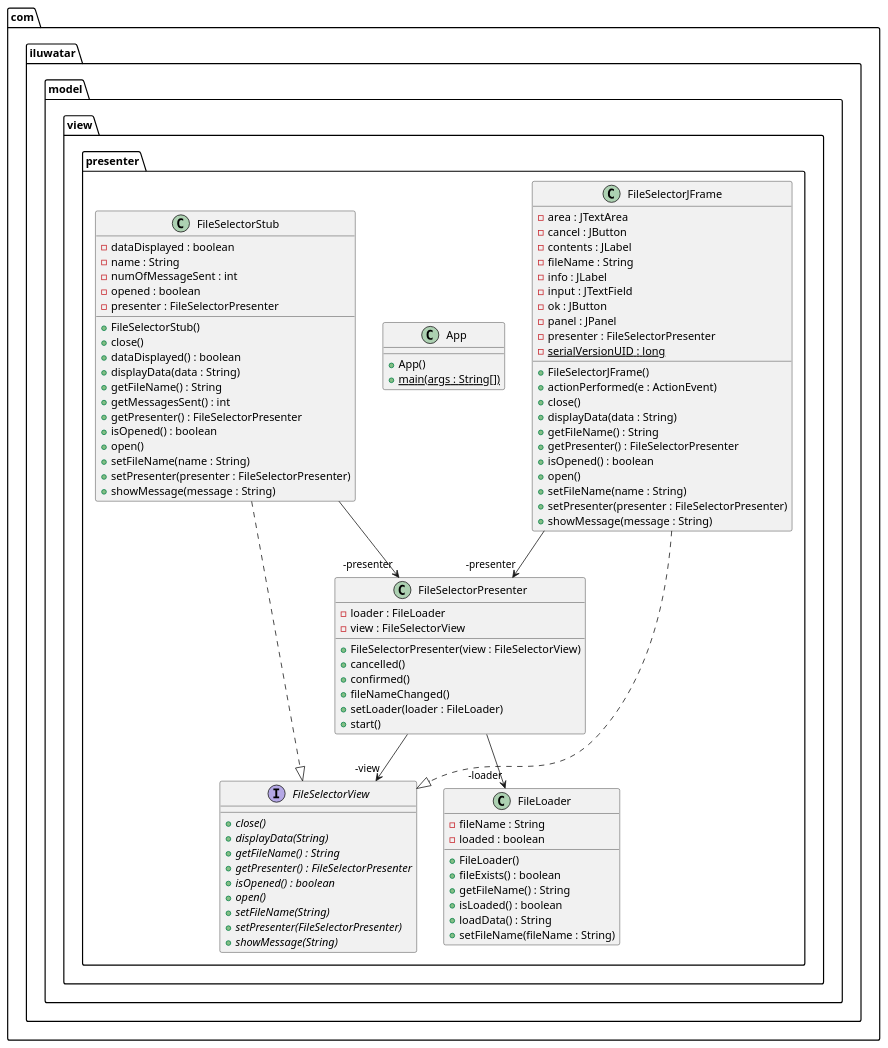
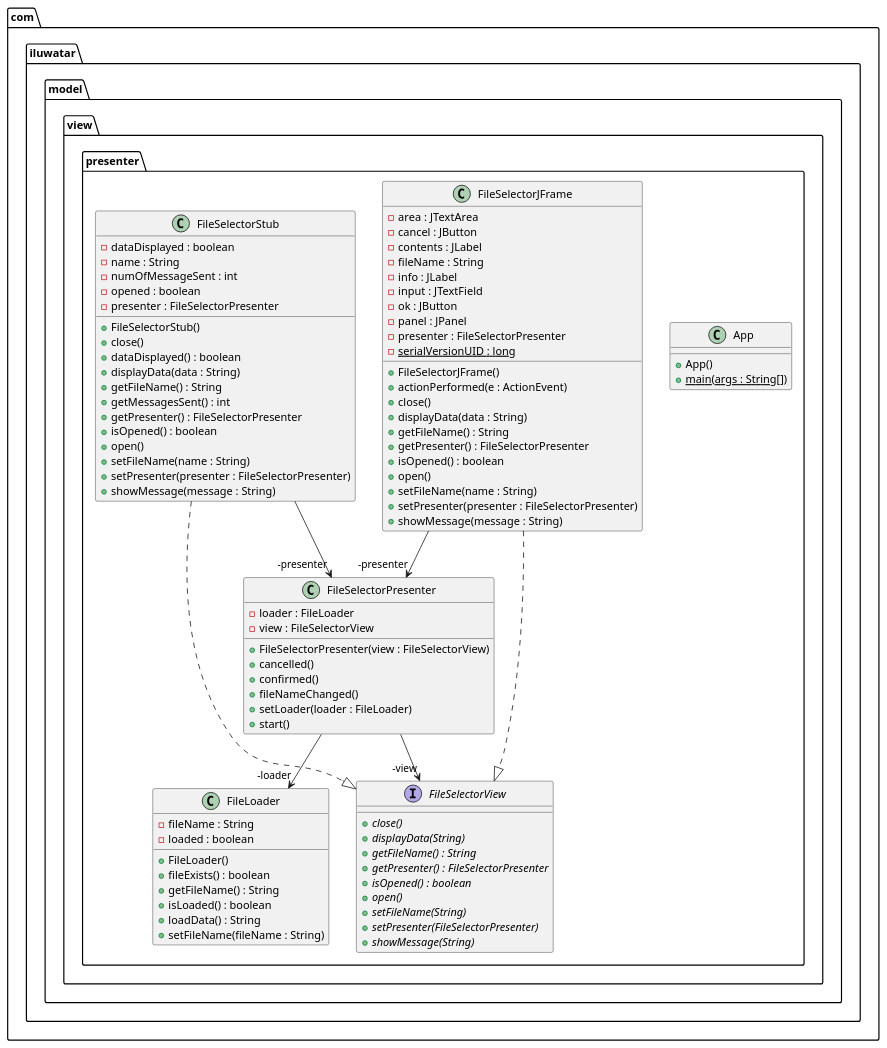
Before and after one commit to NatalieSty/java-design-patterns: the diagram in model-view-presenter/etc/model-view-presenter.urm.puml, drawn with PlantUML. The commit also changed other lines of this file and 84 other files, not shown here.

```diff
--- a/model-view-presenter/etc/model-view-presenter.urm.puml
+++ b/model-view-presenter/etc/model-view-presenter.urm.puml
@@ -1,87 +1,87 @@
 @startuml
 package com.iluwatar.model.view.presenter {
-  interface FileSelectorView {
-    + close() {abstract}
-    + displayData(String) {abstract}
-    + getFileName() : String {abstract}
-    + getPresenter() : FileSelectorPresenter {abstract}
-    + isOpened() : boolean {abstract}
-    + open() {abstract}
-    + setFileName(String) {abstract}
-    + setPresenter(FileSelectorPresenter) {abstract}
-    + showMessage(String) {abstract}
-  }
-  class FileSelectorStub {
-    - dataDisplayed : boolean
-    - name : String
-    - numOfMessageSent : int
-    - opened : boolean
-    - presenter : FileSelectorPresenter
-    + FileSelectorStub()
-    + close()
-    + dataDisplayed() : boolean
-    + displayData(data : String)
-    + getFileName() : String
-    + getMessagesSent() : int
-    + getPresenter() : FileSelectorPresenter
-    + isOpened() : boolean
-    + open()
-    + setFileName(name : String)
-    + setPresenter(presenter : FileSelectorPresenter)
-    + showMessage(message : String)
+  class App {
+    + App()
+    + main(args : String[]) {static}
   }
   class FileLoader {
     - fileName : String
     - loaded : boolean
     + FileLoader()
     + fileExists() : boolean
     + getFileName() : String
     + isLoaded() : boolean
     + loadData() : String
     + setFileName(fileName : String)
-  }
-  class FileSelectorPresenter {
-    - loader : FileLoader
-    - view : FileSelectorView
-    + FileSelectorPresenter(view : FileSelectorView)
-    + cancelled()
-    + confirmed()
-    + fileNameChanged()
-    + setLoader(loader : FileLoader)
-    + start()
-  }
-  class App {
-    + App()
-    + main(args : String[]) {static}
   }
   class FileSelectorJFrame {
     - area : JTextArea
     - cancel : JButton
     - contents : JLabel
     - fileName : String
     - info : JLabel
     - input : JTextField
     - ok : JButton
     - panel : JPanel
     - presenter : FileSelectorPresenter
     - serialVersionUID : long {static}
     + FileSelectorJFrame()
     + actionPerformed(e : ActionEvent)
     + close()
     + displayData(data : String)
     + getFileName() : String
     + getPresenter() : FileSelectorPresenter
     + isOpened() : boolean
     + open()
     + setFileName(name : String)
     + setPresenter(presenter : FileSelectorPresenter)
     + showMessage(message : String)
   }
+  class FileSelectorPresenter {
+    - loader : FileLoader
+    - view : FileSelectorView
+    + FileSelectorPresenter(view : FileSelectorView)
+    + cancelled()
+    + confirmed()
+    + fileNameChanged()
+    + setLoader(loader : FileLoader)
+    + start()
+  }
+  class FileSelectorStub {
+    - dataDisplayed : boolean
+    - name : String
+    - numOfMessageSent : int
+    - opened : boolean
+    - presenter : FileSelectorPresenter
+    + FileSelectorStub()
+    + close()
+    + dataDisplayed() : boolean
+    + displayData(data : String)
+    + getFileName() : String
+    + getMessagesSent() : int
+    + getPresenter() : FileSelectorPresenter
+    + isOpened() : boolean
+    + open()
+    + setFileName(name : String)
+    + setPresenter(presenter : FileSelectorPresenter)
+    + showMessage(message : String)
+  }
+  interface FileSelectorView {
+    + close() {abstract}
+    + displayData(String) {abstract}
+    + getFileName() : String {abstract}
+    + getPresenter() : FileSelectorPresenter {abstract}
+    + isOpened() : boolean {abstract}
+    + open() {abstract}
+    + setFileName(String) {abstract}
+    + setPresenter(FileSelectorPresenter) {abstract}
+    + showMessage(String) {abstract}
+  }
 }
+FileSelectorStub -->  "-presenter" FileSelectorPresenter
 FileSelectorJFrame -->  "-presenter" FileSelectorPresenter
-FileSelectorStub -->  "-presenter" FileSelectorPresenter
 FileSelectorPresenter -->  "-loader" FileLoader
 FileSelectorPresenter -->  "-view" FileSelectorView
+FileSelectorJFrame ..|> FileSelectorView 
 FileSelectorStub ..|> FileSelectorView 
-FileSelectorJFrame ..|> FileSelectorView 
 @enduml
```
